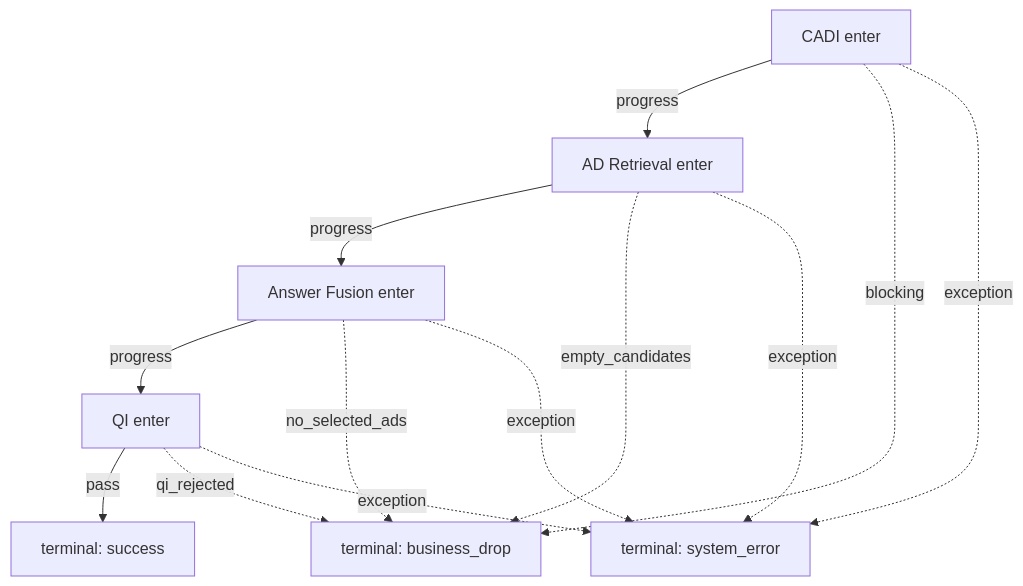
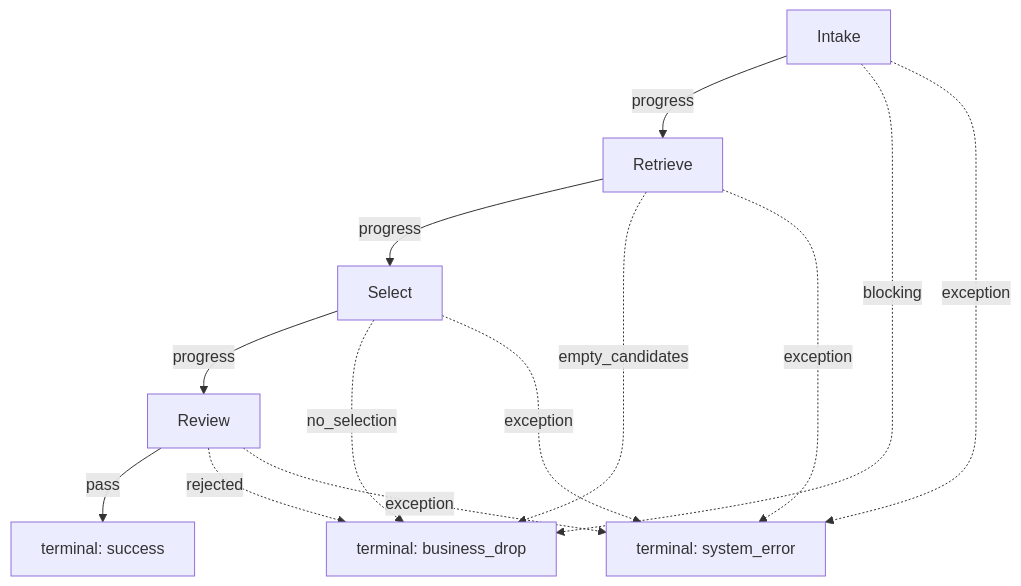
One commit to gigio1023/agent-skills changed diagram 16 of 18 in skills/development/mermaid-diagram-design/references/mermaid-patterns.md. Above: the diagram before and after it, drawn with Mermaid. The commit also changed other lines of this file and 2 other files, not shown here.

First line of the commit message:
docs: index Mermaid skill (#6)

````diff
--- a/skills/development/mermaid-diagram-design/references/mermaid-patterns.md
+++ b/skills/development/mermaid-diagram-design/references/mermaid-patterns.md
@@ -293,20 +307,20 @@
 ```mermaid
 flowchart TD
-  S1[CADI enter]
-  S2[AD Retrieval enter]
-  S3[Answer Fusion enter]
-  S4[QI enter]
+  S1[Intake]
+  S2[Retrieve]
+  S3[Select]
+  S4[Review]
   OK[terminal: success]
   DROP[terminal: business_drop]
   ERR[terminal: system_error]
 
   S1 -->|progress| S2 -->|progress| S3 -->|progress| S4 -->|pass| OK
   S1 -.blocking.-> DROP
   S2 -.empty_candidates.-> DROP
-  S3 -.no_selected_ads.-> DROP
-  S4 -.qi_rejected.-> DROP
+  S3 -.no_selection.-> DROP
+  S4 -.rejected.-> DROP
   S1 -.exception.-> ERR
   S2 -.exception.-> ERR
   S3 -.exception.-> ERR
   S4 -.exception.-> ERR
 ```
````
